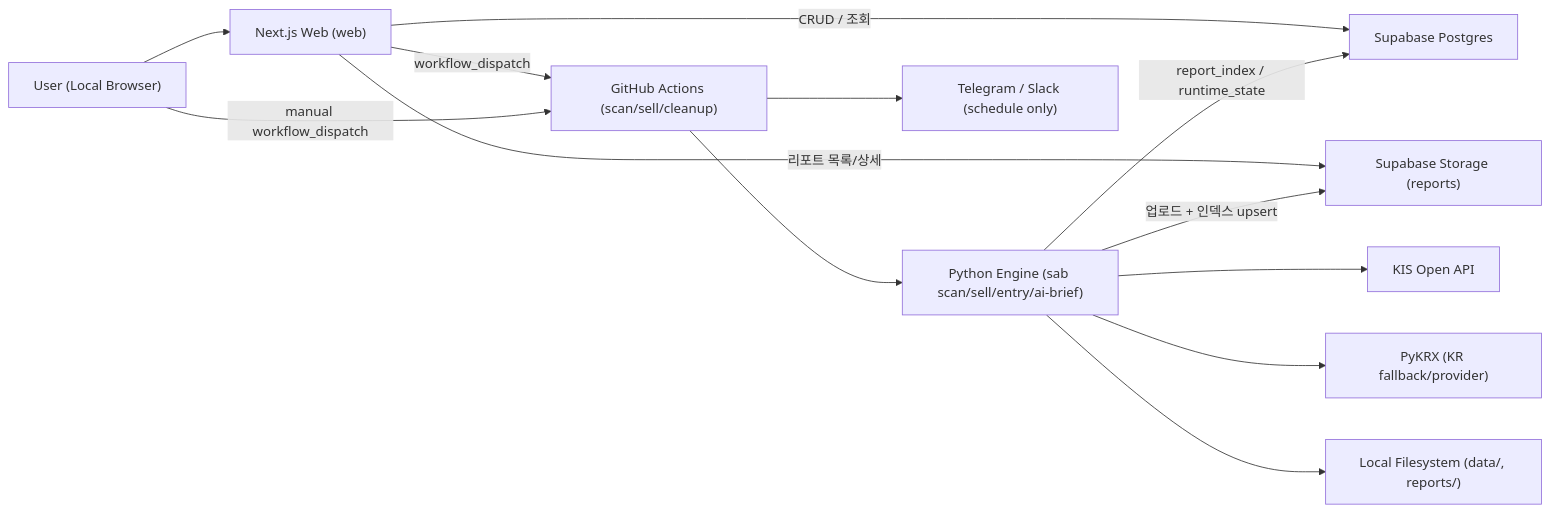
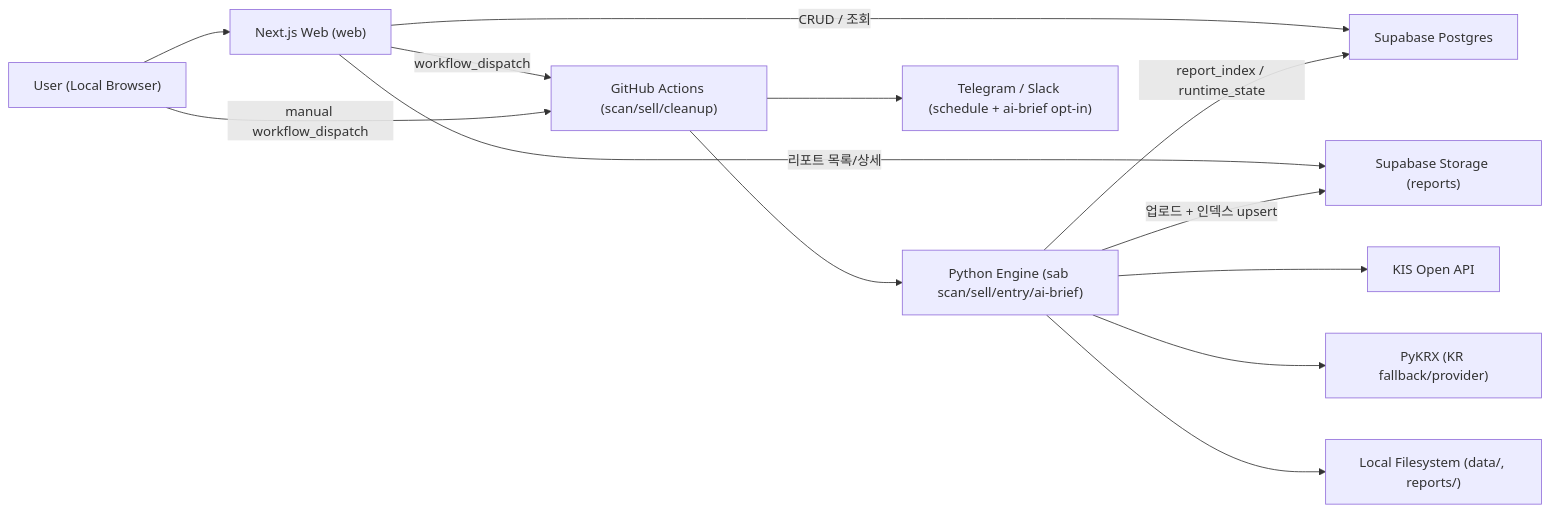
One commit to mochafreddo/swing-trading-report changed the diagram in docs/ARCHITECTURE.md. Above: the diagram before and after it, drawn with Mermaid. The commit also changed other lines of this file and 5 other files, not shown here.

First line of the commit message:
feat(ai-brief): 수동 워크플로우 알림 발송 지원

````diff
--- a/docs/ARCHITECTURE.md
+++ b/docs/ARCHITECTURE.md
@@ -35,17 +35,17 @@
 ```mermaid
 flowchart LR
   U["User (Local Browser)"] --> W["Next.js Web (web)"]
   W -->|CRUD / 조회| SDB["Supabase Postgres"]
   W -->|리포트 목록/상세| SST["Supabase Storage (reports)"]
   W -->|workflow_dispatch| GHA["GitHub Actions (scan/sell/cleanup)"]
   U -->|manual workflow_dispatch| GHA
 
   GHA --> P["Python Engine (sab scan/sell/entry/ai-brief)"]
   P --> KIS["KIS Open API"]
   P --> PY["PyKRX (KR fallback/provider)"]
   P --> LF["Local Filesystem (data/, reports/)"]
   P -->|업로드 + 인덱스 upsert| SST
   P -->|report_index / runtime_state| SDB
 
-  GHA --> TG["Telegram / Slack (schedule only)"]
+  GHA --> TG["Telegram / Slack (schedule + ai-brief opt-in)"]
 ```
````
